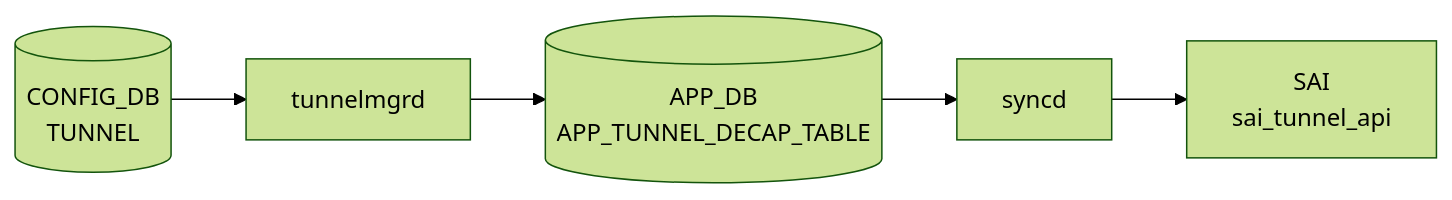
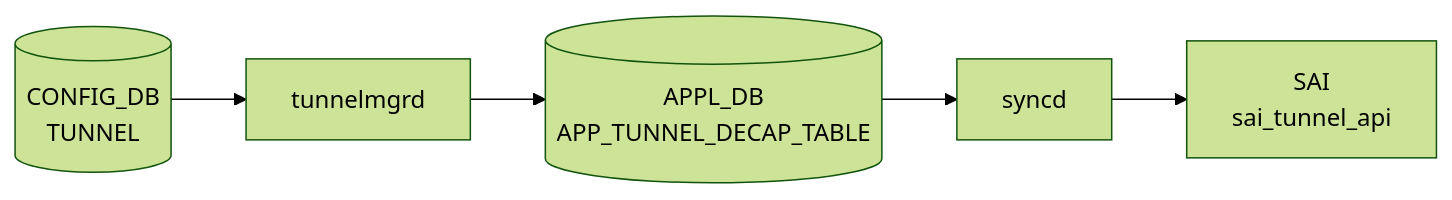
Before and after one commit to aoki-taquan/sonic-unofficial-docs: the diagram in docs/reference/config-db/tunnel-state.md, drawn with Mermaid (forest theme). The commit also changed 91 other files, not shown here.

First line of the commit message:
fix(review-067): APP_DB→APPL_DB in mermaid labels; exclude APPL_DB pages from auto-gen

````diff
--- a/docs/reference/config-db/tunnel-state.md
+++ b/docs/reference/config-db/tunnel-state.md
@@ -49,12 +49,12 @@
 ```mermaid
 flowchart LR
   CDB[("CONFIG_DB<br/>TUNNEL")]
   DM["tunnelmgrd"]
   CDB --> DM
-  APPDB[("APP_DB<br/>APP_TUNNEL_DECAP_TABLE")]
+  APPDB[("APPL_DB<br/>APP_TUNNEL_DECAP_TABLE")]
   DM --> APPDB
   SYNCD["syncd"]
   APPDB --> SYNCD
   SAI["SAI<br/>sai_tunnel_api"]
   SYNCD --> SAI
 ```
````
